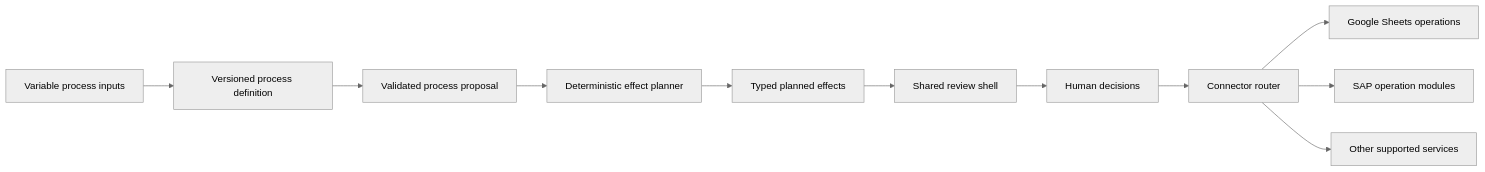
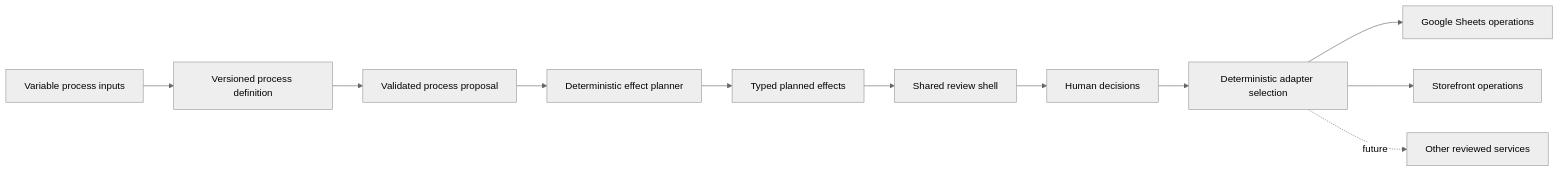
One commit to stepanjakl/safepoint changed the second of 3 diagrams in docs/TECHNICAL-DESIGN.md. Above: the diagram before and after it, drawn with Mermaid (neutral theme). The commit also changed other lines of this file and 7 other files, not shown here.

````diff
--- a/docs/TECHNICAL-DESIGN.md
+++ b/docs/TECHNICAL-DESIGN.md
@@ -52,13 +53,13 @@
 ```mermaid
 flowchart LR
     Inputs[Variable process inputs] --> Definition[Versioned process definition]
     Definition --> Proposal[Validated process proposal]
     Proposal --> Planner[Deterministic effect planner]
     Planner --> Effects[Typed planned effects]
     Effects --> UI[Shared review shell]
     UI --> Approval[Human decisions]
-    Approval --> Router[Connector router]
-    Router --> Sheets[Google Sheets operations]
-    Router --> SAP[SAP operation modules]
-    Router --> Other[Other supported services]
+    Approval --> Select[Deterministic adapter selection]
+    Select --> Sheets[Google Sheets operations]
+    Select --> Storefront[Storefront operations]
+    Select -. future .-> Other[Other reviewed services]
 ```
````
